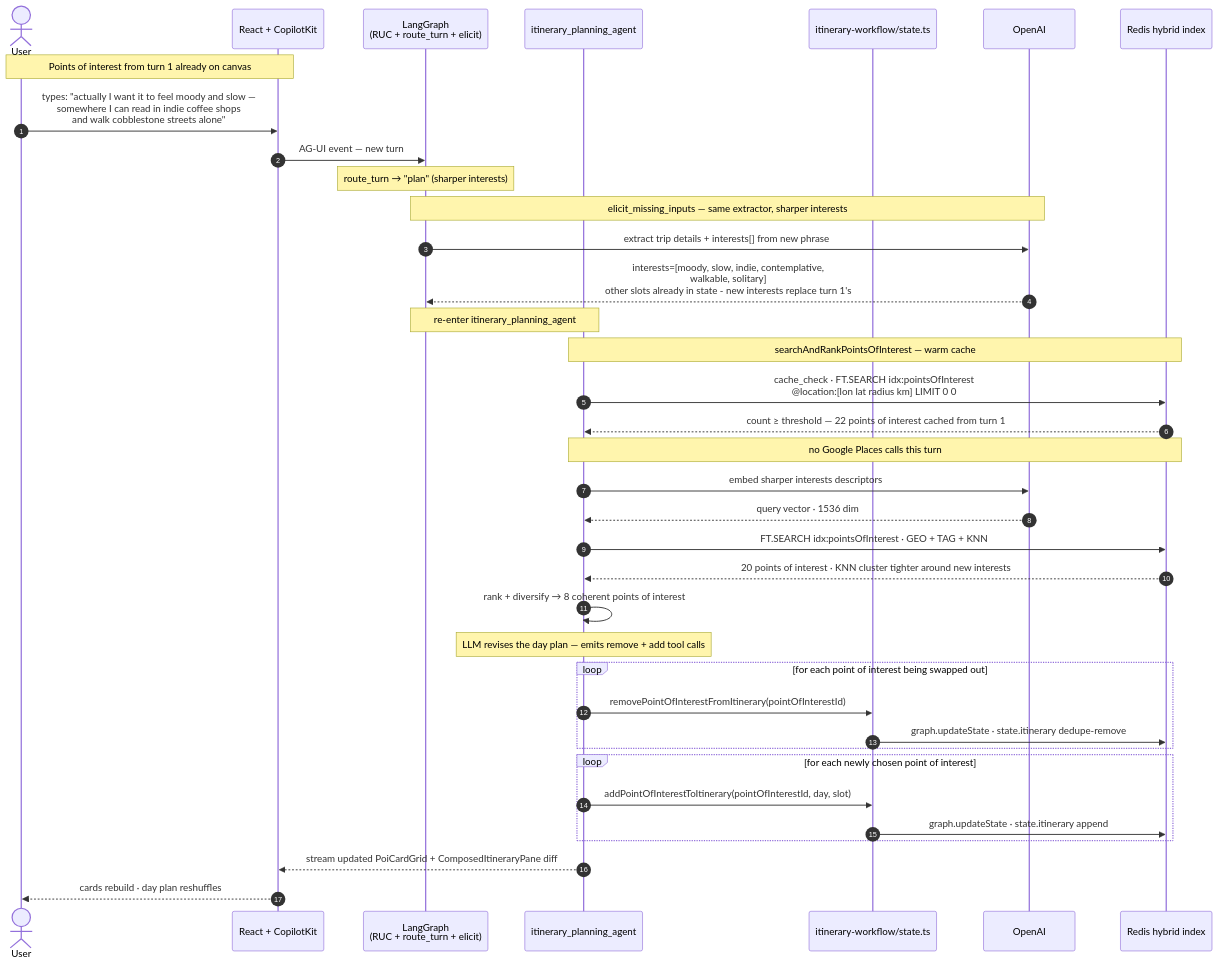
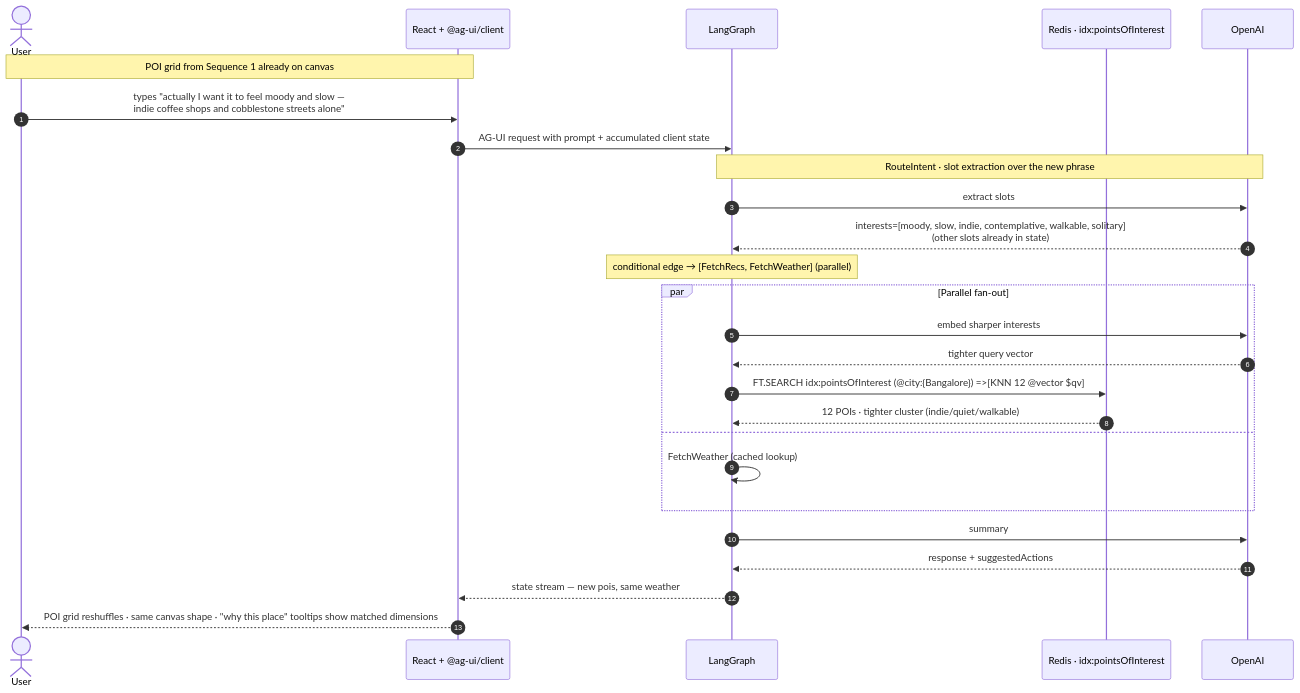
One commit to booleanhunter/travel-planning-agent-agui-langraph changed the second of 3 diagrams in docs/diagrams/02-user-flow-sequence.md. Above: the diagram before and after it, drawn with Mermaid. The commit also changed other lines of this file and 8 other files, not shown here.

First line of the commit message:
docs(diagrams): realign architecture docs with the single-graph design

````diff
--- a/docs/diagrams/02-user-flow-sequence.md
+++ b/docs/diagrams/02-user-flow-sequence.md
@@ -111,46 +77,34 @@
 ```mermaid
 sequenceDiagram
     autonumber
     actor User
-    participant UI as React + CopilotKit
-    participant LG as LangGraph<br/>(RUC + route_turn + elicit)
-    participant Planner as itinerary_planning_agent
-    participant Mut as itinerary-workflow/state.ts
+    participant UI as React + @ag-ui/client
+    participant LG as LangGraph
+    participant Redis as Redis · idx:pointsOfInterest
     participant LLM as OpenAI
-    participant Redis as Redis hybrid index
 
-    Note over User,UI: Points of interest from turn 1 already on canvas
-    User->>UI: types: "actually I want it to feel moody and slow —<br/>somewhere I can read in indie coffee shops<br/>and walk cobblestone streets alone"
-    UI->>LG: AG-UI event — new turn
+    Note over User,UI: POI grid from Sequence 1 already on canvas
+    User->>UI: types "actually I want it to feel moody and slow —<br/>indie coffee shops and cobblestone streets alone"
+    UI->>LG: AG-UI request with prompt + accumulated client state
 
-    Note over LG: route_turn → "plan" (sharper interests)
+    Note over LG,LLM: RouteIntent · slot extraction over the new phrase
+    LG->>LLM: extract slots
+    LLM-->>LG: interests=[moody, slow, indie, contemplative, walkable, solitary]<br/>(other slots already in state)
 
-    Note over LG,LLM: elicit_missing_inputs — same extractor, sharper interests
-    LG->>LLM: extract trip details + interests[] from new phrase
-    LLM-->>LG: interests=[moody, slow, indie, contemplative,<br/>walkable, solitary]<br/>other slots already in state - new interests replace turn 1's
+    Note over LG: conditional edge → [FetchRecs, FetchWeather] (parallel)
 
-    Note over LG,Planner: re-enter itinerary_planning_agent
-
-    Note over Planner,Redis: searchAndRankPointsOfInterest — warm cache
-    Planner->>Redis: cache_check · FT.SEARCH idx:pointsOfInterest<br/>@location:[lon lat radius km] LIMIT 0 0
-    Redis-->>Planner: count ≥ threshold — 22 points of interest cached from turn 1
-    Note over Planner,Redis: no Google Places calls this turn
-    Planner->>LLM: embed sharper interests descriptors
-    LLM-->>Planner: query vector · 1536 dim
-    Planner->>Redis: FT.SEARCH idx:pointsOfInterest · GEO + TAG + KNN
-    Redis-->>Planner: 20 points of interest · KNN cluster tighter around new interests
-    Planner->>Planner: rank + diversify → 8 coherent points of interest
-
-    Note over Planner: LLM revises the day plan — emits remove + add tool calls
-    loop for each point of interest being swapped out
-        Planner->>Mut: removePointOfInterestFromItinerary(pointOfInterestId)
-        Mut->>Redis: graph.updateState · state.itinerary dedupe-remove
-    end
-    loop for each newly chosen point of interest
-        Planner->>Mut: addPointOfInterestToItinerary(pointOfInterestId, day, slot)
-        Mut->>Redis: graph.updateState · state.itinerary append
+    par Parallel fan-out
+        LG->>LLM: embed sharper interests
+        LLM-->>LG: tighter query vector
+        LG->>Redis: FT.SEARCH idx:pointsOfInterest (@city:{Bangalore}) =>[KNN 12 @vector $qv]
+        Redis-->>LG: 12 POIs · tighter cluster (indie/quiet/walkable)
+    and
+        LG->>LG: FetchWeather (cached lookup)
     end
 
-    Planner-->>UI: stream updated PoiCardGrid + ComposedItineraryPane diff
-    UI-->>User: cards rebuild · day plan reshuffles
+    LG->>LLM: summary
+    LLM-->>LG: response + suggestedActions
+    LG-->>UI: state stream — new pois, same weather
+
+    UI-->>User: POI grid reshuffles · same canvas shape · "why this place" tooltips show matched dimensions
 ```
````
